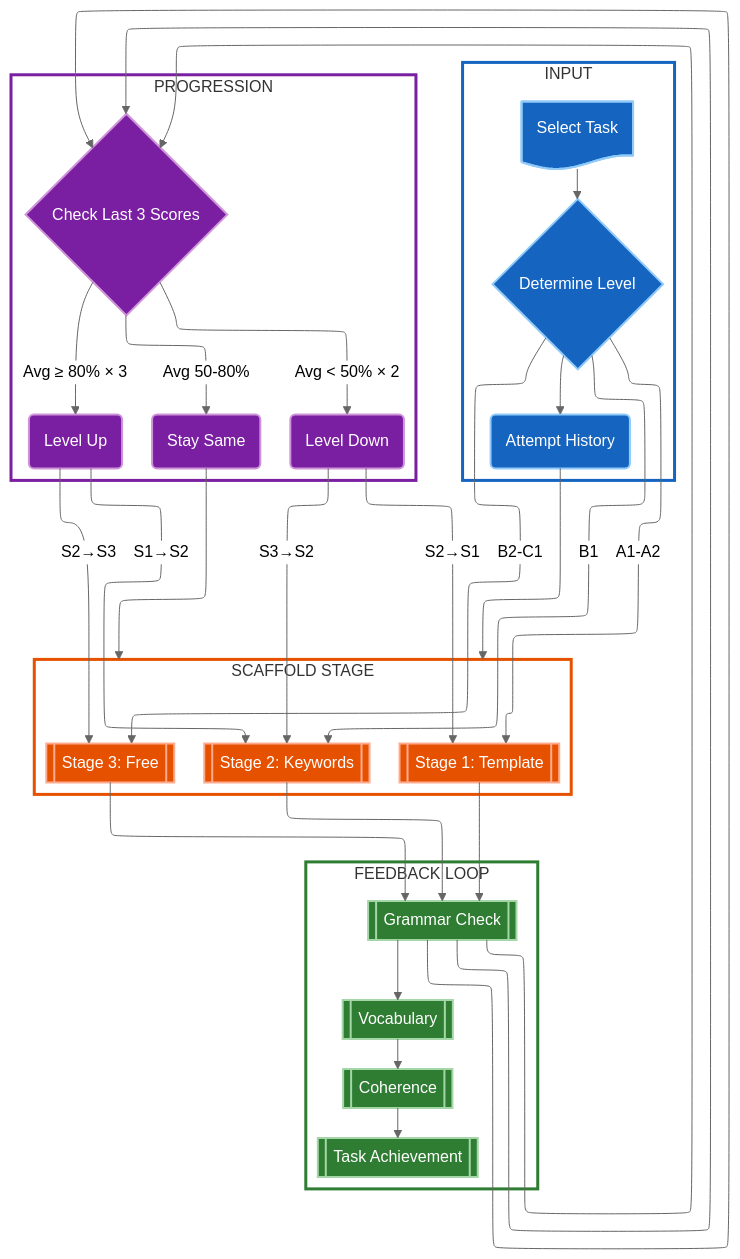
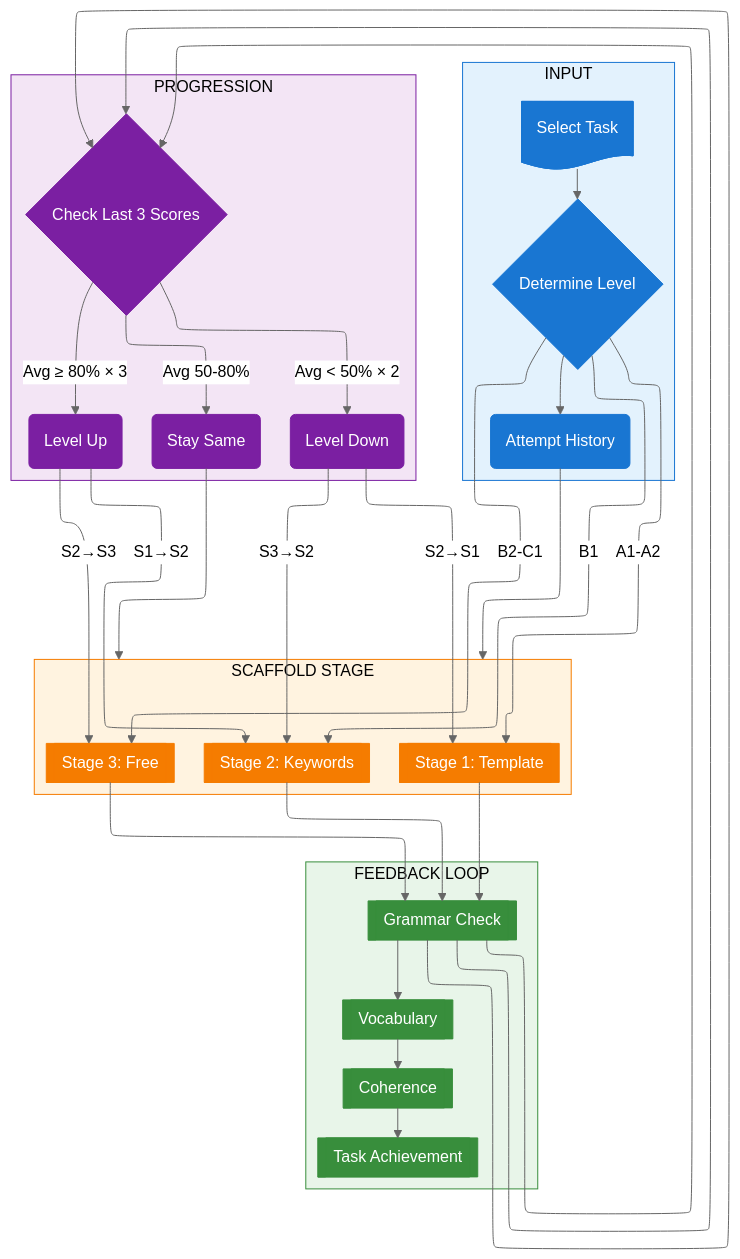
The tenth of 12 diagrams in docs/capstone/diagrams/flow-diagrams.vi.md (nghyane/VSTEP), drawn with Mermaid (neutral theme) before and after one commit. The commit also changed other lines of this file, not shown here.

First line of the commit message:
fix(docs): rewrite diagrams with proper color separation

````diff
--- a/docs/capstone/diagrams/flow-diagrams.vi.md
+++ b/docs/capstone/diagrams/flow-diagrams.vi.md
@@ -655,75 +661,76 @@
 ```mermaid
 ---
 config:
   layout: elk
 ---
 flowchart TB
     subgraph Input["INPUT"]
         Task@{ shape: doc, label: "Select Task" }
         Level@{ shape: diam, label: "Determine Level" }
         History@{ shape: rounded, label: "Attempt History" }
     end
 
     subgraph Stage["SCAFFOLD STAGE"]
         direction LR
         S1@{ shape: fr-rect, label: "Stage 1: Template" }
         S2@{ shape: fr-rect, label: "Stage 2: Keywords" }
         S3@{ shape: fr-rect, label: "Stage 3: Free" }
     end
 
     subgraph Feedback["FEEDBACK LOOP"]
         direction TB
         Grammar@{ shape: fr-rect, label: "Grammar Check" }
         Vocab@{ shape: fr-rect, label: "Vocabulary" }
         Cohesion@{ shape: fr-rect, label: "Coherence" }
         TaskResp@{ shape: fr-rect, label: "Task Achievement" }
     end
 
     subgraph Progression["PROGRESSION"]
         Check@{ shape: diam, label: "Check Last 3 Scores" }
         Up@{ shape: rounded, label: "Level Up" }
         Stay@{ shape: rounded, label: "Stay Same" }
         Down@{ shape: rounded, label: "Level Down" }
     end
 
     Task --> Level --> History --> Stage
     Level -->|"A1-A2"| S1
     Level -->|"B1"| S2
     Level -->|"B2-C1"| S3
     
     S1 --> Grammar --> Check
     S2 --> Grammar --> Check
     S3 --> Grammar --> Check
     Grammar --> Vocab --> Cohesion --> TaskResp
     
     Check -->|"Avg ≥ 80% × 3"| Up
     Check -->|"Avg 50-80%"| Stay
     Check -->|"Avg < 50% × 2"| Down
     
     Up -->|"S1→S2"| S2
     Up -->|"S2→S3"| S3
     Stay --> Stage
     Down -->|"S2→S1"| S1
     Down -->|"S3→S2"| S2
 
-    classDef input fill:#1565c0,stroke:#90caf9,stroke-width:2px,color:#fff
-    classDef stage fill:#e65100,stroke:#ffab91,stroke-width:2px,color:#fff
-    classDef feedback fill:#2e7d32,stroke:#a5d6a7,stroke-width:2px,color:#fff
-    classDef progress fill:#7b1fa2,stroke:#ce93d8,stroke-width:2px,color:#fff
+    %% Nodes
+    classDef input fill:#1976d2,stroke:#1976d2,color:#fff
+    classDef stage fill:#f57c00,stroke:#f57c00,color:#fff
+    classDef feedback fill:#388e3c,stroke:#388e3c,color:#fff
+    classDef progress fill:#7b1fa2,stroke:#7b1fa2,color:#fff
 
-    classDef inputBox fill:none,stroke:#1565c0,stroke-width:3px
-    classDef stageBox fill:none,stroke:#e65100,stroke-width:3px
-    classDef feedbackBox fill:none,stroke:#2e7d32,stroke-width:3px
-    classDef progressBox fill:none,stroke:#7b1fa2,stroke-width:3px
+    %% Boxes
+    classDef inputBox fill:#e3f2fd,stroke:#1976d2,color:#000
+    classDef stageBox fill:#fff3e0,stroke:#f57c00,color:#000
+    classDef feedbackBox fill:#e8f5e9,stroke:#388e3c,color:#000
+    classDef progressBox fill:#f3e5f5,stroke:#7b1fa2,color:#000
 
     class Input inputBox
     class Stage stageBox
     class Feedback feedbackBox
     class Progression progressBox
 
     class Task,Level,History input
     class S1,S2,S3 stage
     class Grammar,Vocab,Cohesion,TaskResp feedback
     class Check,Up,Stay,Down progress
-
 ```
````
